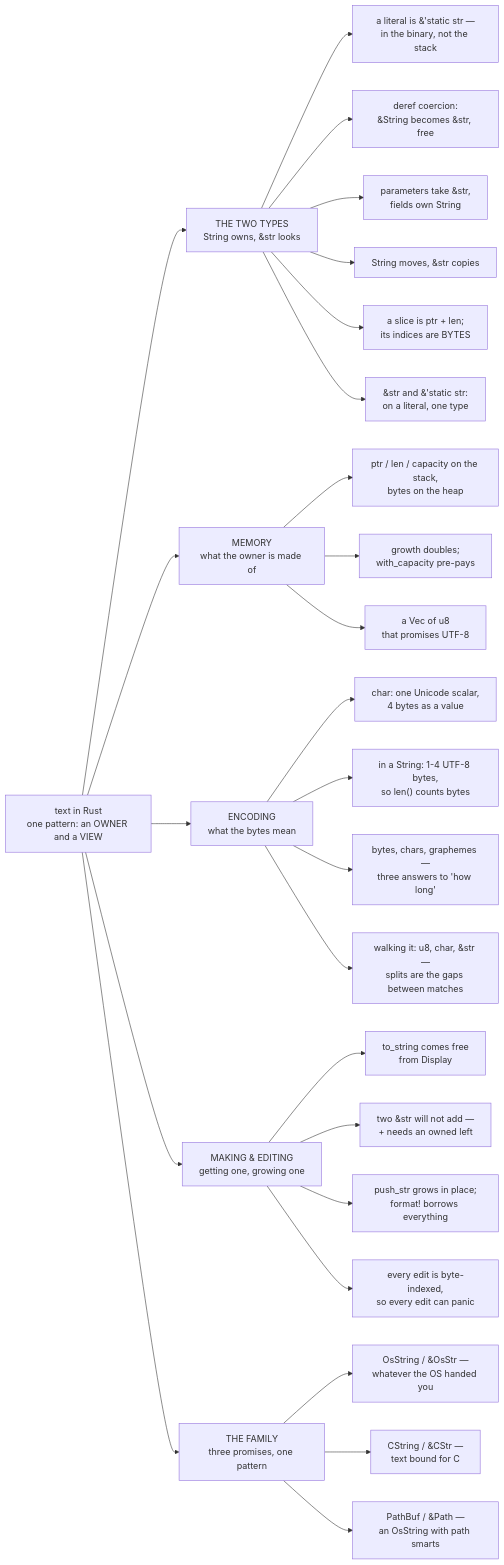
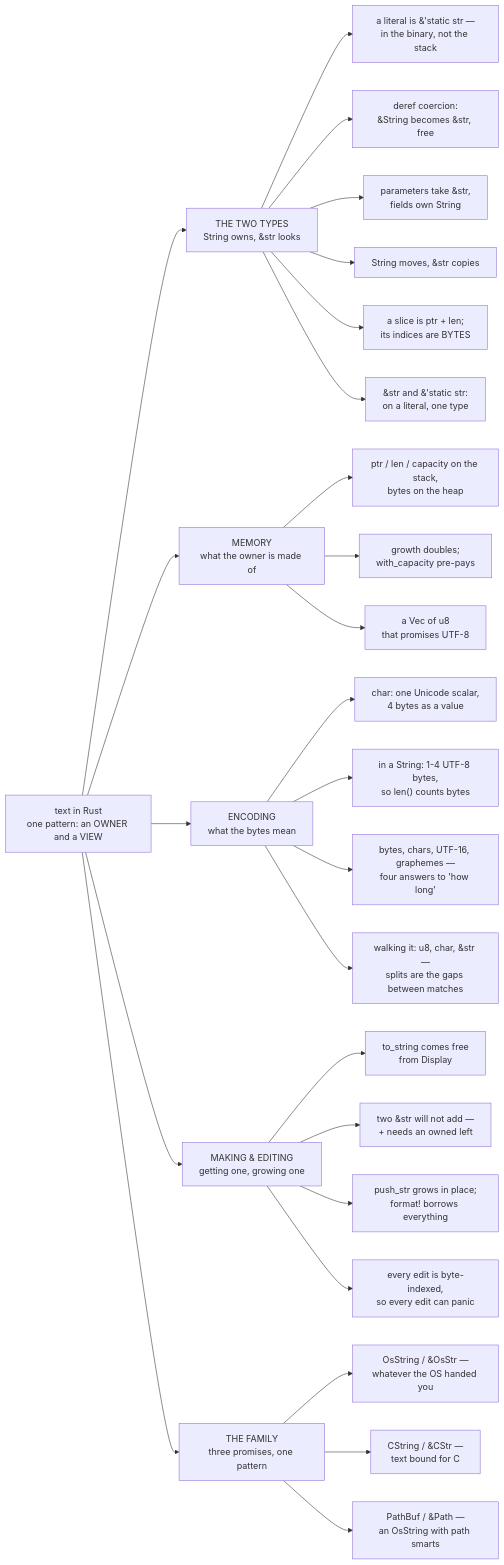
The diagram in STRINGS.md (masiarek/rust-learning-library), drawn with Mermaid before and after one commit. The commit also changed 10 other files, not shown here.

````diff
--- a/STRINGS.md
+++ b/STRINGS.md
@@ -15,35 +15,35 @@
 ```mermaid
 flowchart LR
     S["text in Rust<br/>one pattern: an OWNER and a VIEW"]
 
     S --> TY["THE TWO TYPES<br/>String owns, &str looks"]
     S --> MEM["MEMORY<br/>what the owner is made of"]
     S --> ENC["ENCODING<br/>what the bytes mean"]
     S --> USE["MAKING & EDITING<br/>getting one, growing one"]
     S --> FAM["THE FAMILY<br/>three promises, one pattern"]
 
     TY --> T1["a literal is &'static str —<br/>in the binary, not the stack"]
     TY --> T2["deref coercion:<br/>&String becomes &str, free"]
     TY --> T3["parameters take &str,<br/>fields own String"]
     TY --> T4["String moves, &str copies"]
     TY --> T5["a slice is ptr + len;<br/>its indices are BYTES"]
     TY --> T6["&str and &'static str:<br/>on a literal, one type"]
 
     MEM --> M1["ptr / len / capacity on the stack,<br/>bytes on the heap"]
     MEM --> M2["growth doubles;<br/>with_capacity pre-pays"]
     MEM --> M3["a Vec of u8<br/>that promises UTF-8"]
 
     ENC --> E1["char: one Unicode scalar,<br/>4 bytes as a value"]
     ENC --> E2["in a String: 1-4 UTF-8 bytes,<br/>so len() counts bytes"]
-    ENC --> E3["bytes, chars, graphemes —<br/>three answers to 'how long'"]
+    ENC --> E3["bytes, chars, UTF-16, graphemes —<br/>four answers to 'how long'"]
     ENC --> E4["walking it: u8, char, &str —<br/>splits are the gaps between matches"]
 
     USE --> U1["to_string comes free<br/>from Display"]
     USE --> U2["two &str will not add —<br/>+ needs an owned left"]
     USE --> U3["push_str grows in place;<br/>format! borrows everything"]
     USE --> U4["every edit is byte-indexed,<br/>so every edit can panic"]
 
     FAM --> F1["OsString / &OsStr —<br/>whatever the OS handed you"]
     FAM --> F2["CString / &CStr —<br/>text bound for C"]
     FAM --> F3["PathBuf / &Path —<br/>an OsString with path smarts"]
 ```
````
